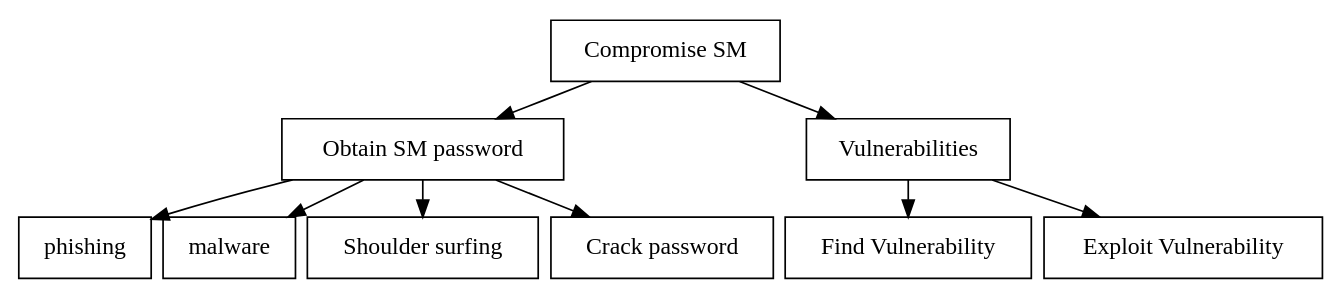
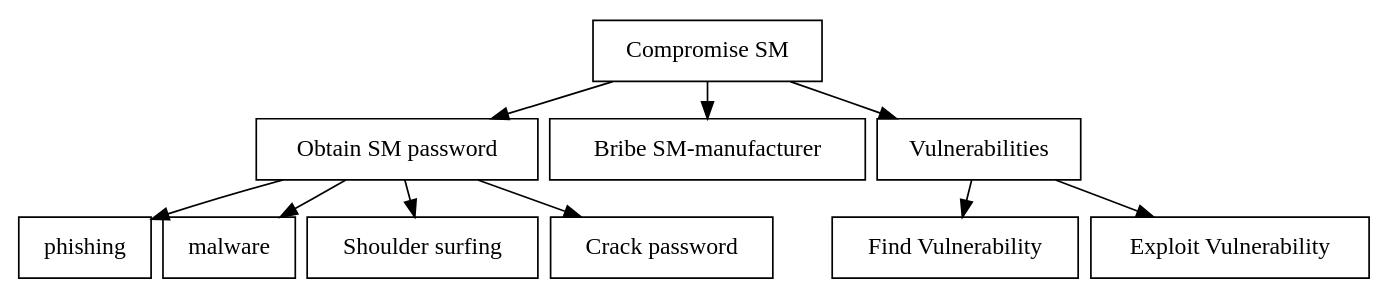
One commit to des904e15/report changed the diagram in figures/graphviz/CompromiseSM.dot. Above: the diagram before and after it, drawn with Graphviz. The commit also changed 9 other files, not shown here.

```diff
--- a/figures/graphviz/CompromiseSM.dot
+++ b/figures/graphviz/CompromiseSM.dot
@@ -1,28 +1,30 @@
 digraph G {
 
  graph[ center=true, margin=0.2, nodesep=0.1, ranksep=0.3]
  node[ shape=rectangle]
 
 
 compromiseSM[label="Compromise SM"];
 
 
 obtainPassword[label="Obtain SM password", shape=OR];
 compromiseSM[shape=OR];
+bribe[label="Bribe SM-manufacturer"];
+compromiseSM ->bribe;
 compromiseSM -> obtainPassword;
 obtainPassword -> phishing;
 obtainPassword -> malware;
 shoulderSurfing[label="Shoulder surfing"];
 obtainPassword -> shoulderSurfing;
 crackPassword[label="Crack password"];
 obtainPassword -> crackPassword;
 
 exploitVulnerability[shape=AND];
 exploitVulnerability[label="Vulnerabilities"];
 compromiseSM -> exploitVulnerability;
 findVuln[label="Find Vulnerability"];
 exploitVuln[label="Exploit Vulnerability"];
 exploitVulnerability -> findVuln;
 exploitVulnerability -> exploitVuln;
 
 }
```
